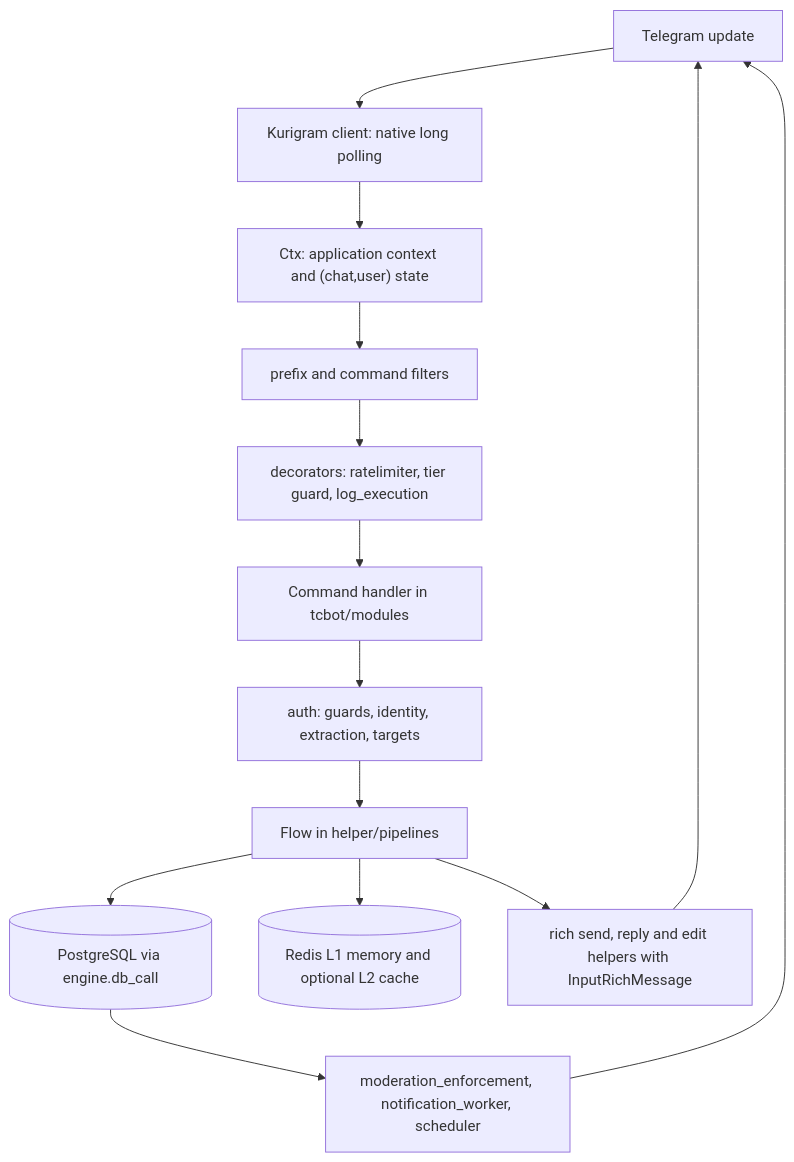
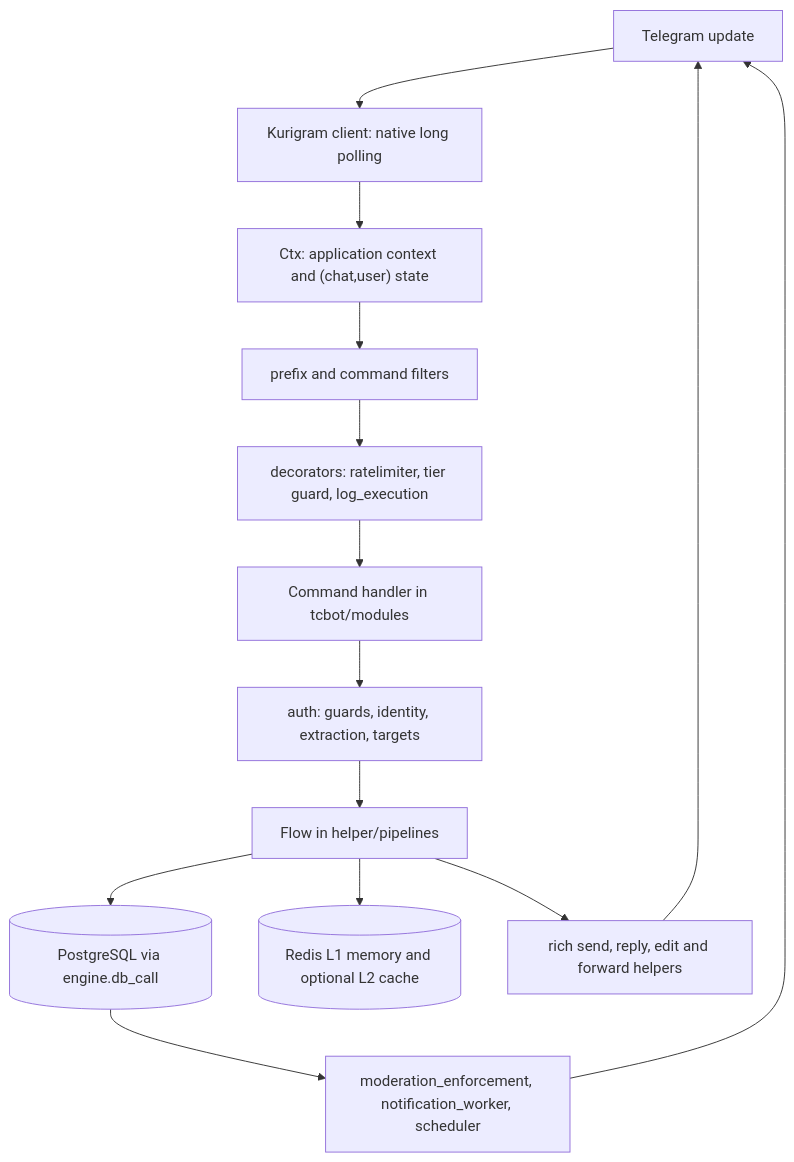
The first of 4 diagrams in docs/flows/system.md (D1ZZY4/tcbot), drawn with Mermaid before and after one commit. The commit also changed other lines of this file and 12 other files, not shown here.

````diff
--- a/docs/flows/system.md
+++ b/docs/flows/system.md
@@ -16,16 +16,16 @@
 ```mermaid
 flowchart TD
     U[Telegram update] --> KUR["Kurigram client: native long polling"]
     KUR --> CTX["Ctx: application context and (chat,user) state"]
     CTX --> FILT["prefix and command filters"]
     FILT --> DEC["decorators: ratelimiter, tier guard, log_execution"]
     DEC --> CMD["Command handler in tcbot/modules"]
     CMD --> GATE["auth: guards, identity, extraction, targets"]
     GATE --> FLOW["Flow in helper/pipelines"]
     FLOW --> DB[("PostgreSQL via engine.db_call")]
     FLOW --> CACHE[("Redis L1 memory and optional L2 cache")]
-    FLOW --> RICH["rich send, reply and edit helpers with InputRichMessage"]
+    FLOW --> RICH["rich send, reply, edit and forward helpers"]
     RICH --> U
     DB --> WK["moderation_enforcement, notification_worker, scheduler"]
     WK --> U
 ```
````
